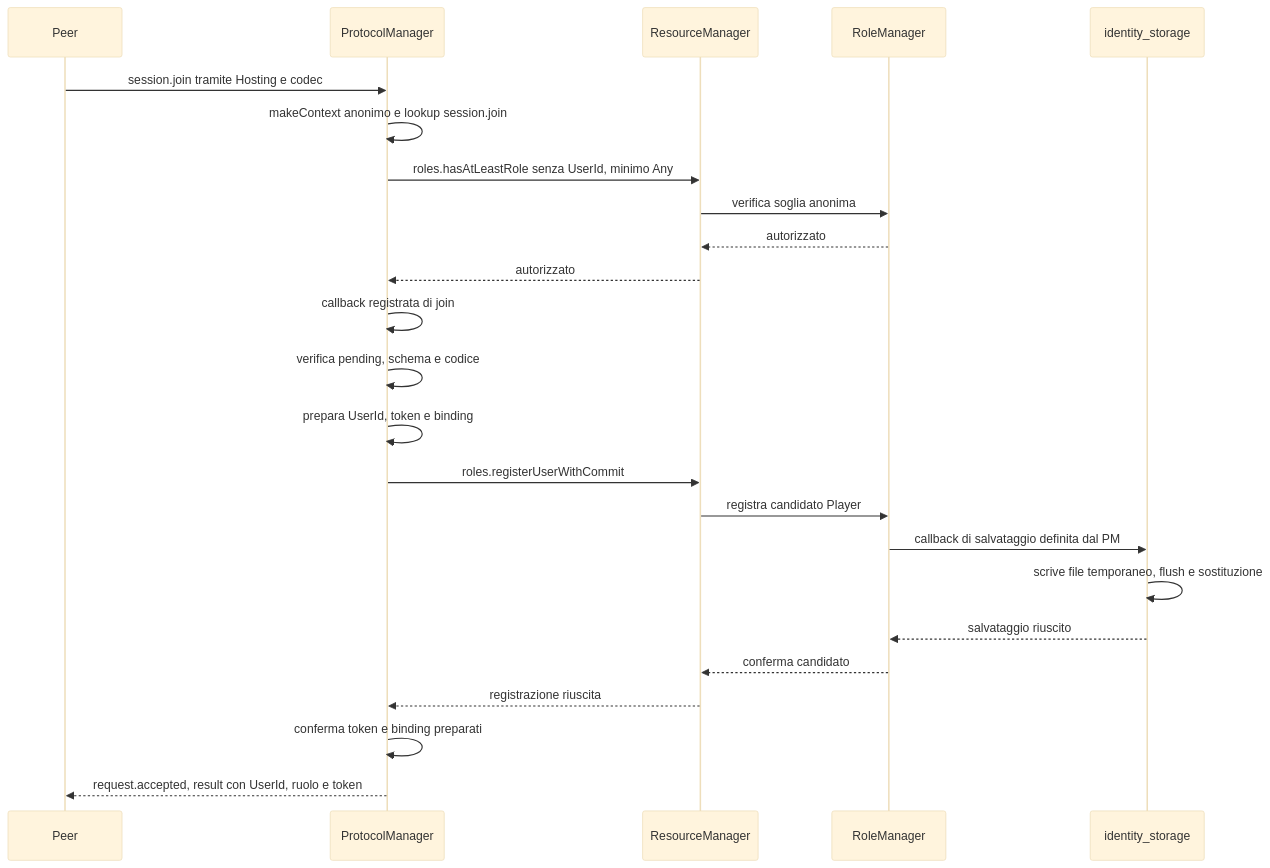
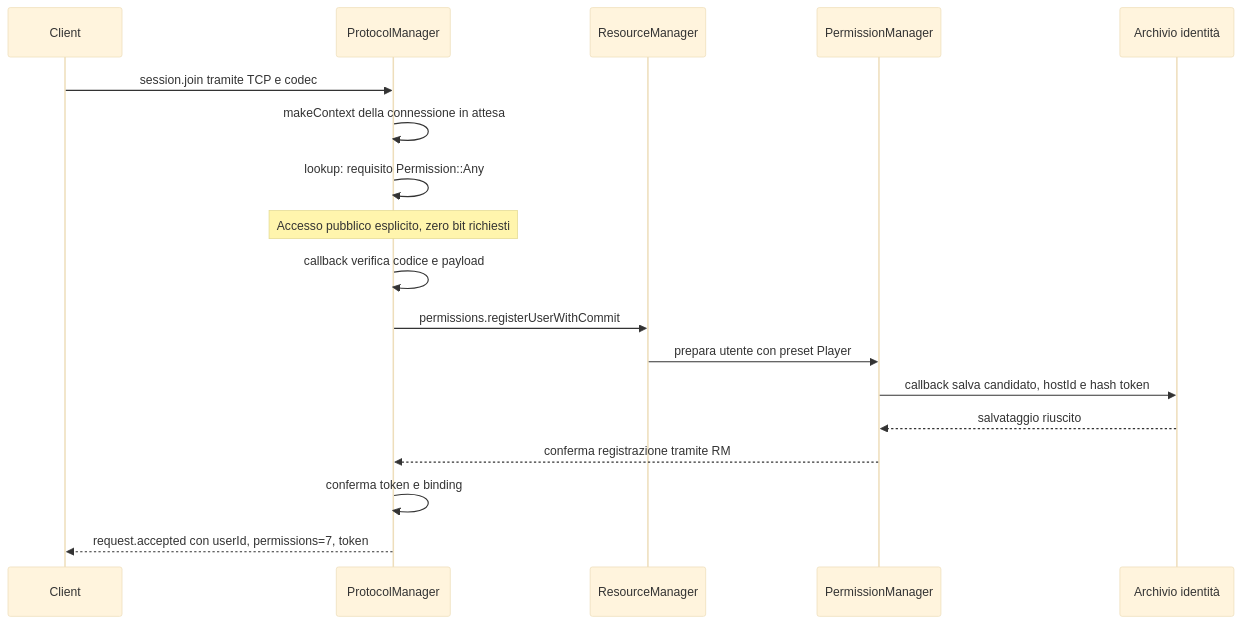
One commit to ForzaElettromotrice/GolarionHelper changed the third of 8 diagrams in .context/session-flows.md. Above: the diagram before and after it, drawn with Mermaid (base theme). The commit also changed other lines of this file and 59 other files, not shown here.

Commit message:
feat(play): replace role authorization with permissions and live updates

````diff
--- a/.context/session-flows.md
+++ b/.context/session-flows.md
@@ -80,26 +64,20 @@
 ```mermaid
 sequenceDiagram
-    participant C as Peer
+    participant C as Client
     participant PM as ProtocolManager
     participant RM as ResourceManager
-    participant R as RoleManager
-    participant W as identity_storage
-    C->>PM: session.join tramite Hosting e codec
-    PM->>PM: makeContext anonimo e lookup session.join
-    PM->>RM: roles.hasAtLeastRole senza UserId, minimo Any
-    RM->>R: verifica soglia anonima
-    R-->>RM: autorizzato
-    RM-->>PM: autorizzato
-    PM->>PM: callback registrata di join
-    PM->>PM: verifica pending, schema e codice
-    PM->>PM: prepara UserId, token e binding
-    PM->>RM: roles.registerUserWithCommit
-    RM->>R: registra candidato Player
-    R->>W: callback di salvataggio definita dal PM
-    W->>W: scrive file temporaneo, flush e sostituzione
-    W-->>R: salvataggio riuscito
-    R-->>RM: conferma candidato
-    RM-->>PM: registrazione riuscita
-    PM->>PM: conferma token e binding preparati
-    PM-->>C: request.accepted, result con UserId, ruolo e token
+    participant P as PermissionManager
+    participant F as Archivio identità
+    C->>PM: session.join tramite TCP e codec
+    PM->>PM: makeContext della connessione in attesa
+    PM->>PM: lookup: requisito Permission::Any
+    Note over PM: Accesso pubblico esplicito, zero bit richiesti
+    PM->>PM: callback verifica codice e payload
+    PM->>RM: permissions.registerUserWithCommit
+    RM->>P: prepara utente con preset Player
+    P->>F: callback salva candidato, hostId e hash token
+    F-->>P: salvataggio riuscito
+    P-->>PM: conferma registrazione tramite RM
+    PM->>PM: conferma token e binding
+    PM-->>C: request.accepted con userId, permissions=7, token
 ```
````
